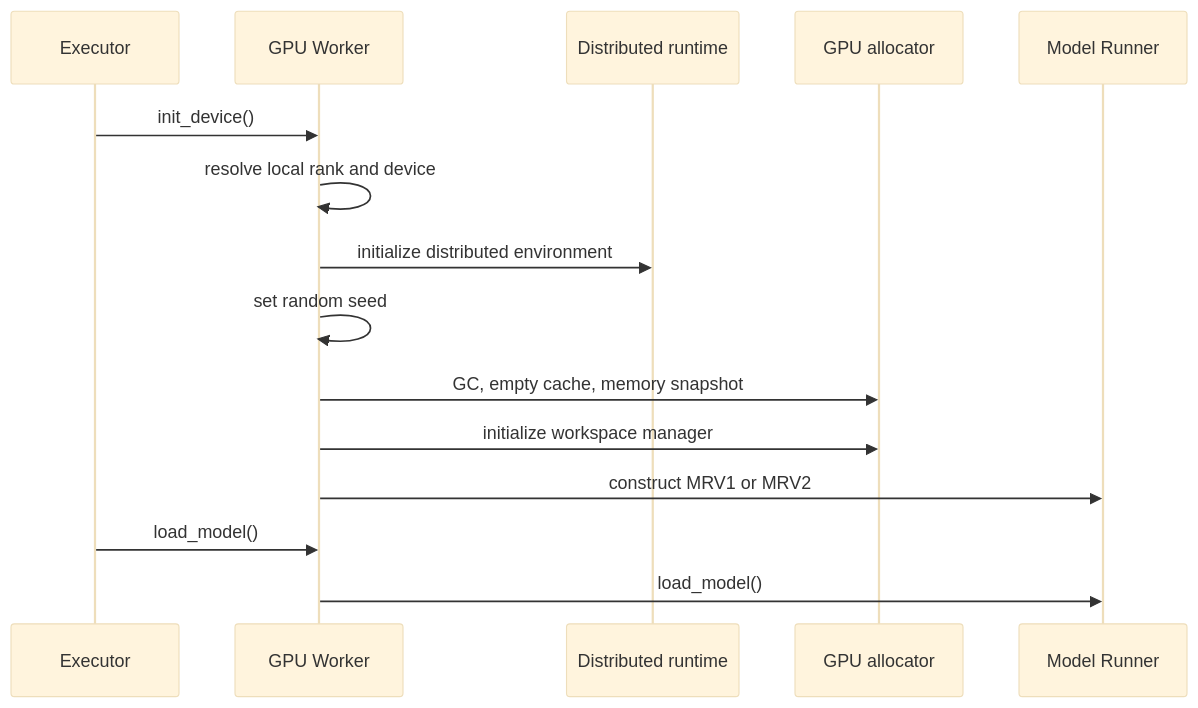
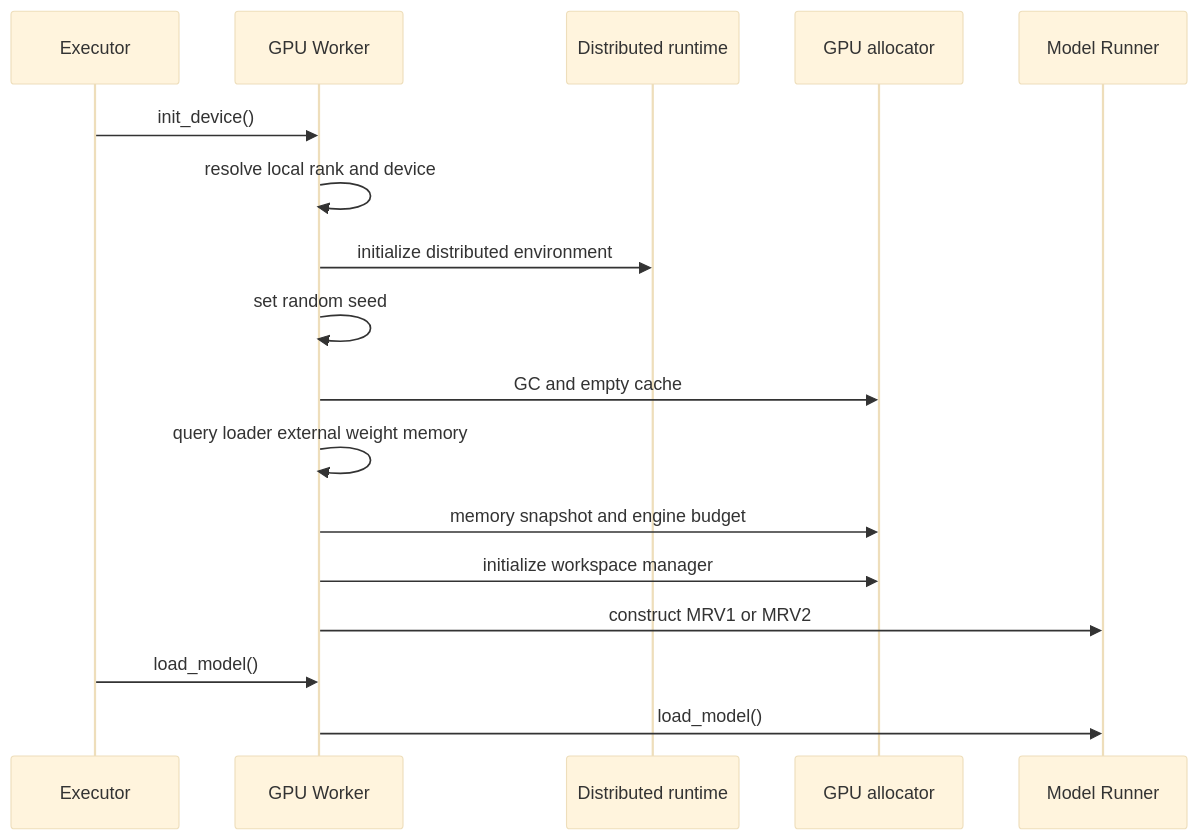
One commit to cluster1900/vllm_reader changed diagram 11 of 41 in book/07-model-execution/README.md. Above: the diagram before and after it, drawn with Mermaid (base theme). The commit also changed other lines of this file and 37 other files, not shown here.

````diff
--- a/book/07-model-execution/README.md
+++ b/book/07-model-execution/README.md
@@ -376,17 +376,19 @@
 ```mermaid
 sequenceDiagram
     participant E as Executor
     participant W as GPU Worker
     participant D as Distributed runtime
     participant G as GPU allocator
     participant R as Model Runner
     E->>W: init_device()
     W->>W: resolve local rank and device
     W->>D: initialize distributed environment
     W->>W: set random seed
-    W->>G: GC, empty cache, memory snapshot
+    W->>G: GC and empty cache
+    W->>W: query loader external weight memory
+    W->>G: memory snapshot and engine budget
     W->>G: initialize workspace manager
     W->>R: construct MRV1 or MRV2
     E->>W: load_model()
     W->>R: load_model()
 ```
````
